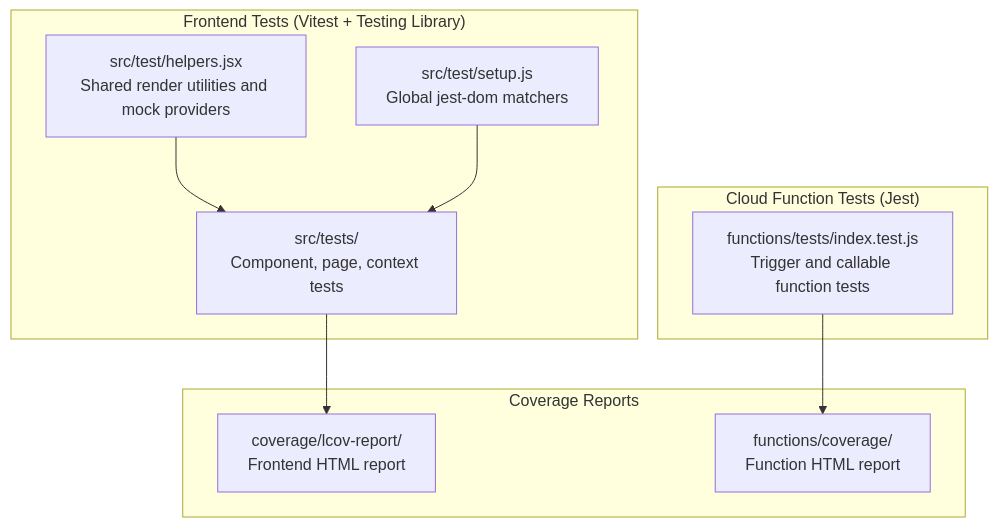
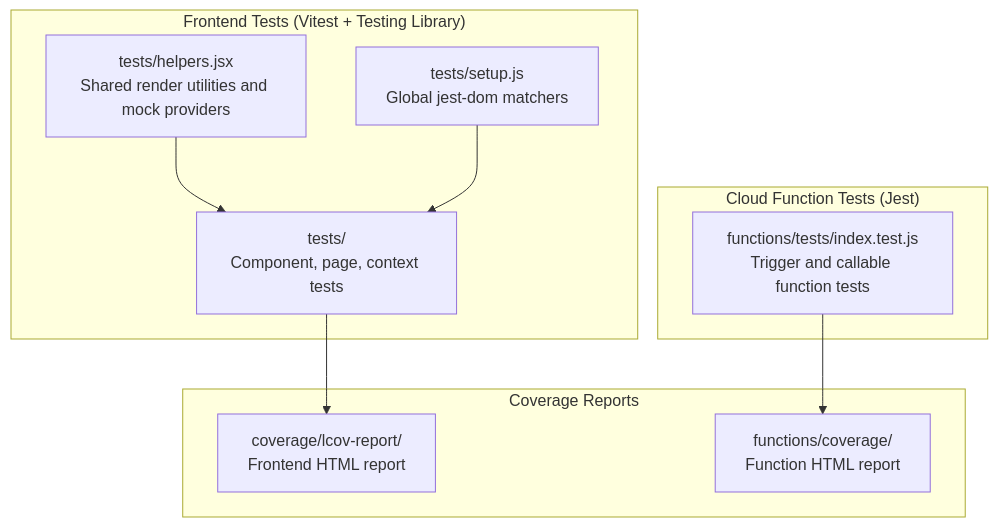
The first of 4 diagrams in docs/TESTING.md (Oweeboi011/mms-open-climbs), drawn with Mermaid before and after one commit. The commit also changed other lines of this file and 33 other files, not shown here.

````diff
--- a/docs/TESTING.md
+++ b/docs/TESTING.md
@@ -30,22 +30,22 @@
 ```mermaid
 graph TD
     subgraph Frontend["Frontend Tests (Vitest + Testing Library)"]
-        FT["src/tests/\nComponent, page, context tests"]
-        FH["src/test/helpers.jsx\nShared render utilities and mock providers"]
-        FS["src/test/setup.js\nGlobal jest-dom matchers"]
+        FT["tests/\nComponent, page, context tests"]
+        FH["tests/helpers.jsx\nShared render utilities and mock providers"]
+        FS["tests/setup.js\nGlobal jest-dom matchers"]
     end
 
     subgraph Functions["Cloud Function Tests (Jest)"]
         FN["functions/tests/index.test.js\nTrigger and callable function tests"]
     end
 
     subgraph Reports["Coverage Reports"]
         FC["coverage/lcov-report/\nFrontend HTML report"]
         FNC["functions/coverage/\nFunction HTML report"]
     end
 
     FT --> FC
     FN --> FNC
     FH --> FT
     FS --> FT
 ```
````
